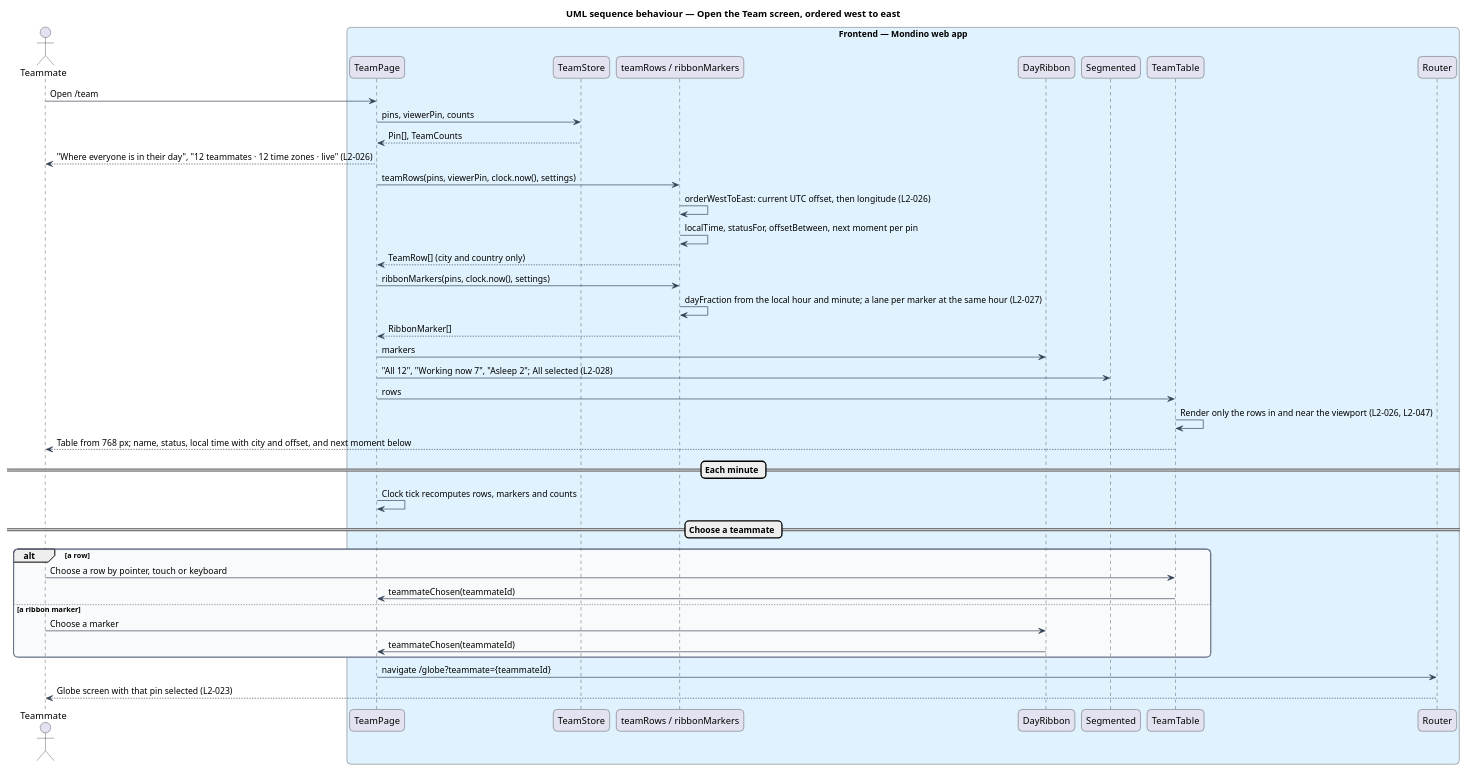
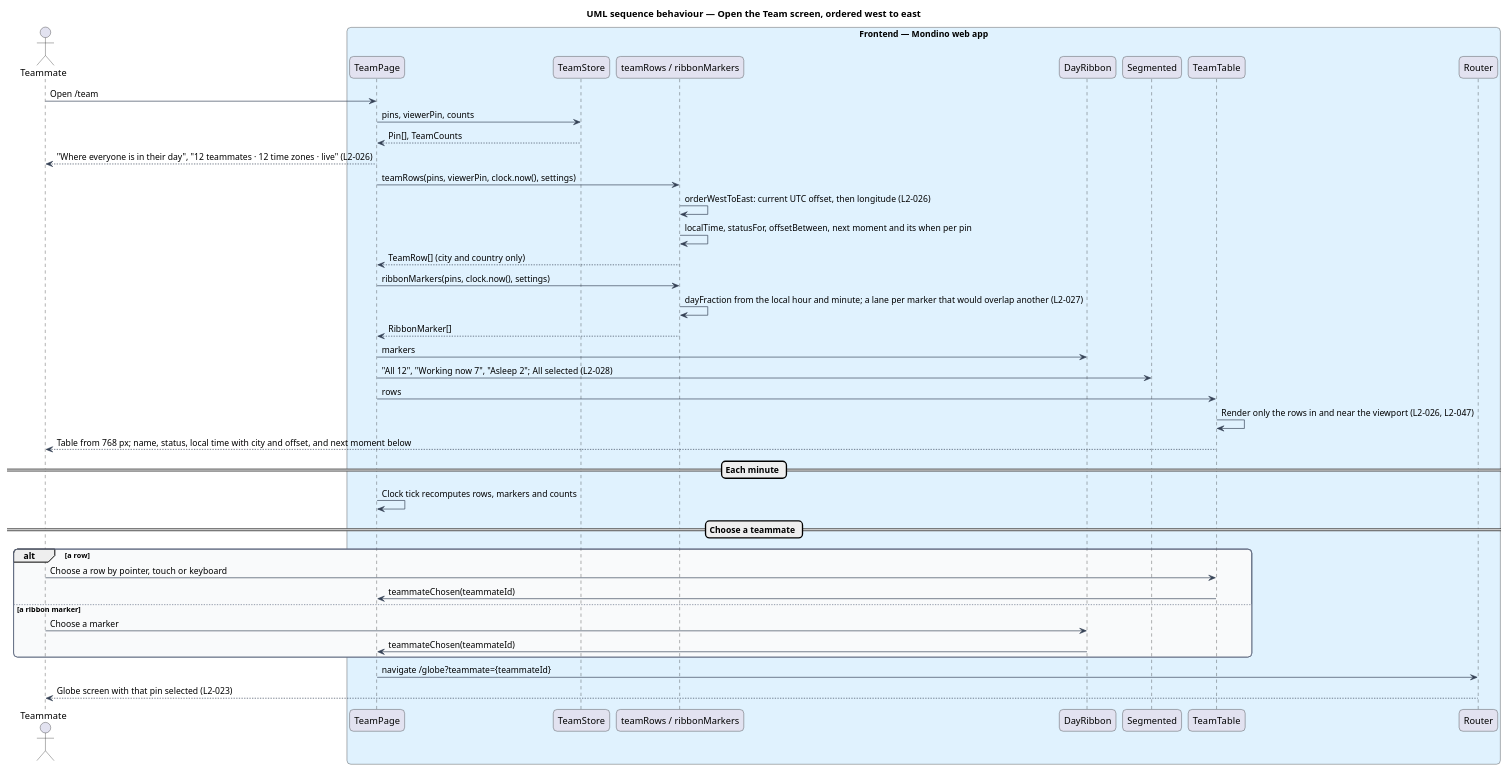
The diagram in docs/detailed-designs/team/view-team-through-the-day/diagrams/sequence-open-team-screen.puml (QuinntyneBrown/Mondino), drawn with PlantUML before and after one commit. The commit also changed 4 other files, not shown here.

```diff
--- a/docs/detailed-designs/team/view-team-through-the-day/diagrams/sequence-open-team-screen.puml
+++ b/docs/detailed-designs/team/view-team-through-the-day/diagrams/sequence-open-team-screen.puml
@@ -1,55 +1,55 @@
 @startuml
 title UML sequence behaviour — Open the Team screen, ordered west to east
 skinparam backgroundColor #FFFFFF
 skinparam shadowing false
 skinparam roundcorner 12
 skinparam defaultFontName Arial
 skinparam ArrowColor #344054
 skinparam rectangle {
   BorderColor #344054
   FontColor #101828
 }
 skinparam package {
   BorderColor #667085
   FontColor #101828
   BackgroundColor #F9FAFB
 }
 actor "Teammate" as actor
 box "Frontend — Mondino web app" #E0F2FE
   participant "TeamPage" as page
   participant "TeamStore" as store
   participant "teamRows / ribbonMarkers" as fn
   participant "DayRibbon" as ribbon
   participant "Segmented" as chips
   participant "TeamTable" as table
   participant "Router" as router
 end box
 actor -> page : Open /team
 page -> store : pins, viewerPin, counts
 store --> page : Pin[], TeamCounts
 page --> actor : "Where everyone is in their day", "12 teammates · 12 time zones · live" (L2-026)
 page -> fn : teamRows(pins, viewerPin, clock.now(), settings)
 fn -> fn : orderWestToEast: current UTC offset, then longitude (L2-026)
-fn -> fn : localTime, statusFor, offsetBetween, next moment per pin
+fn -> fn : localTime, statusFor, offsetBetween, next moment and its when per pin
 fn --> page : TeamRow[] (city and country only)
 page -> fn : ribbonMarkers(pins, clock.now(), settings)
-fn -> fn : dayFraction from the local hour and minute; a lane per marker at the same hour (L2-027)
+fn -> fn : dayFraction from the local hour and minute; a lane per marker that would overlap another (L2-027)
 fn --> page : RibbonMarker[]
 page -> ribbon : markers
 page -> chips : "All 12", "Working now 7", "Asleep 2"; All selected (L2-028)
 page -> table : rows
 table -> table : Render only the rows in and near the viewport (L2-026, L2-047)
 table --> actor : Table from 768 px; name, status, local time with city and offset, and next moment below
 == Each minute ==
 page -> page : Clock tick recomputes rows, markers and counts
 == Choose a teammate ==
 alt a row
   actor -> table : Choose a row by pointer, touch or keyboard
   table -> page : teammateChosen(teammateId)
 else a ribbon marker
   actor -> ribbon : Choose a marker
   ribbon -> page : teammateChosen(teammateId)
 end
 page -> router : navigate /globe?teammate={teammateId}
 router --> actor : Globe screen with that pin selected (L2-023)
 @enduml
```
